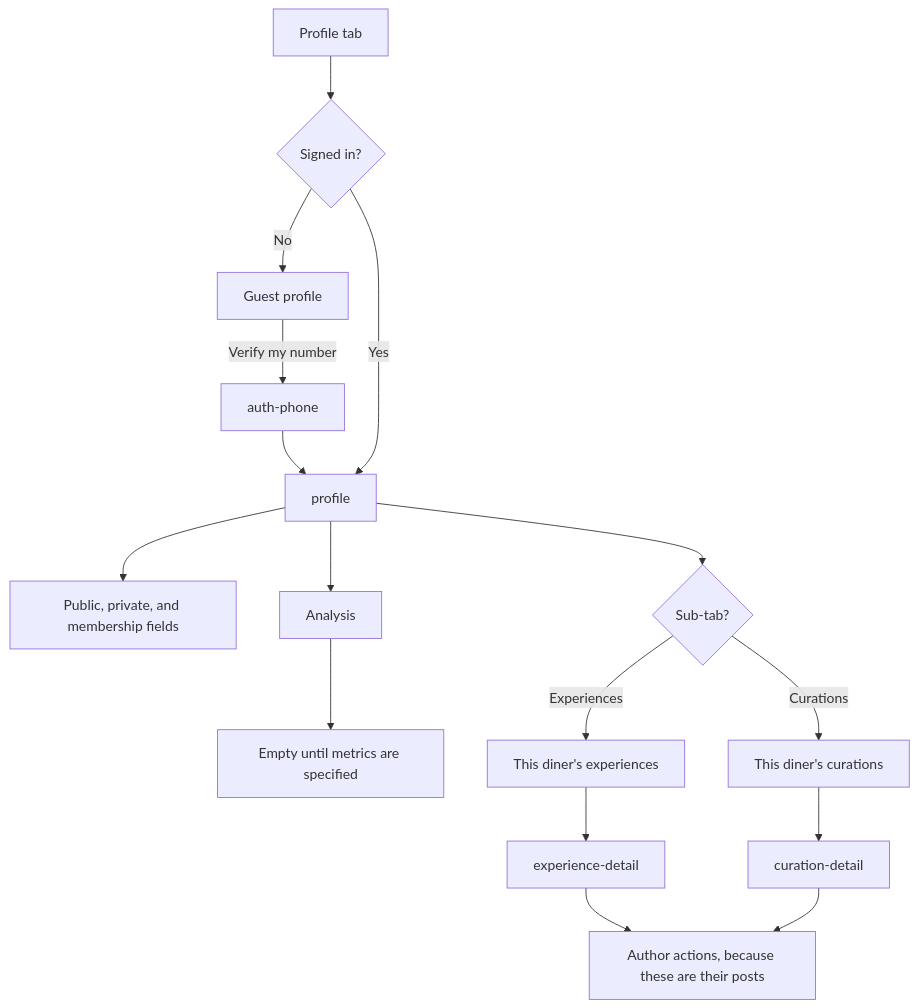
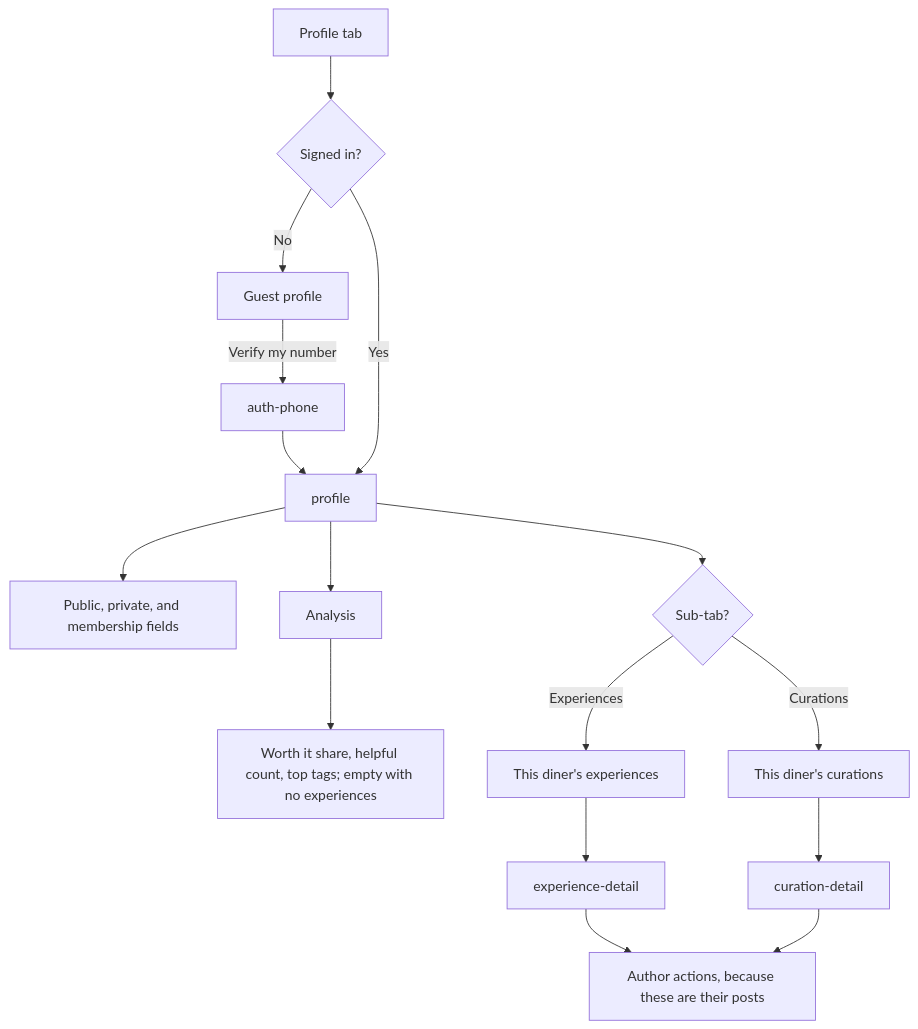
Before and after one commit to bawra11/elite-product: the first of 2 diagrams in product/detail-flows/10-profile-and-social.md, drawn with Mermaid. The commit also changed other lines of this file and 3 other files, not shown here.

First line of the commit message:
Detail flows: match the create, curation, post and profile fixes

````diff
--- a/product/detail-flows/10-profile-and-social.md
+++ b/product/detail-flows/10-profile-and-social.md
@@ -5,20 +5,20 @@
 ```mermaid
 flowchart TD
   tab["Profile tab"] --> gate{Signed in?}
   gate -->|No| guestProfile["Guest profile"]
   guestProfile -->|Verify my number| auth["auth-phone"]
   auth --> profile
   gate -->|Yes| profile["profile"]
 
   profile --> details["Public, private, and membership fields"]
   profile --> analysis["Analysis"]
-  analysis --> emptyA["Empty until metrics are specified"]
+  analysis --> metrics["Worth it share, helpful count, top tags; empty with no experiences"]
 
   profile --> sub{Sub-tab?}
   sub -->|Experiences| mineExp["This diner's experiences"]
   sub -->|Curations| mineCur["This diner's curations"]
   mineExp --> exp["experience-detail"]
   mineCur --> cur["curation-detail"]
   exp --> own["Author actions, because these are their posts"]
   cur --> own
 ```
````
